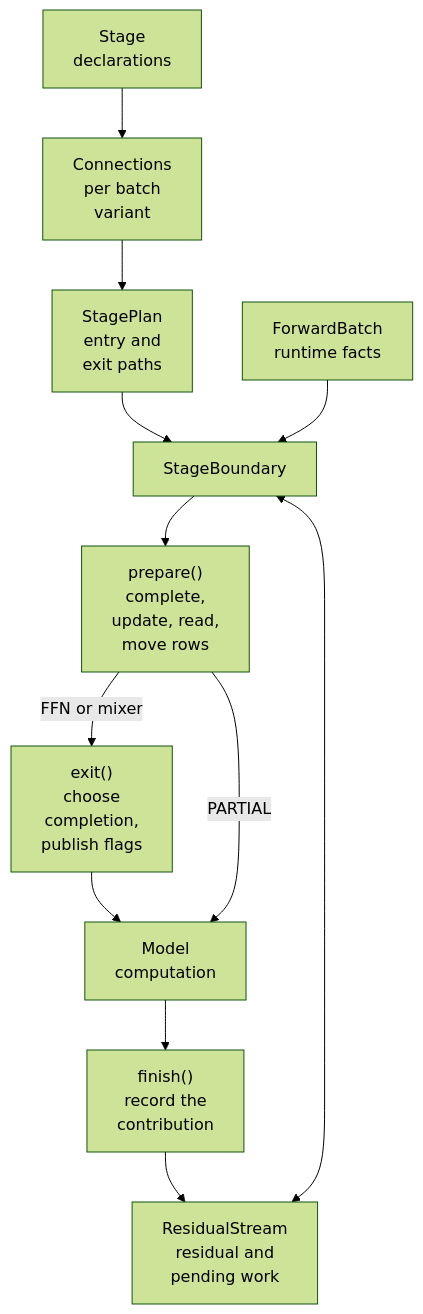
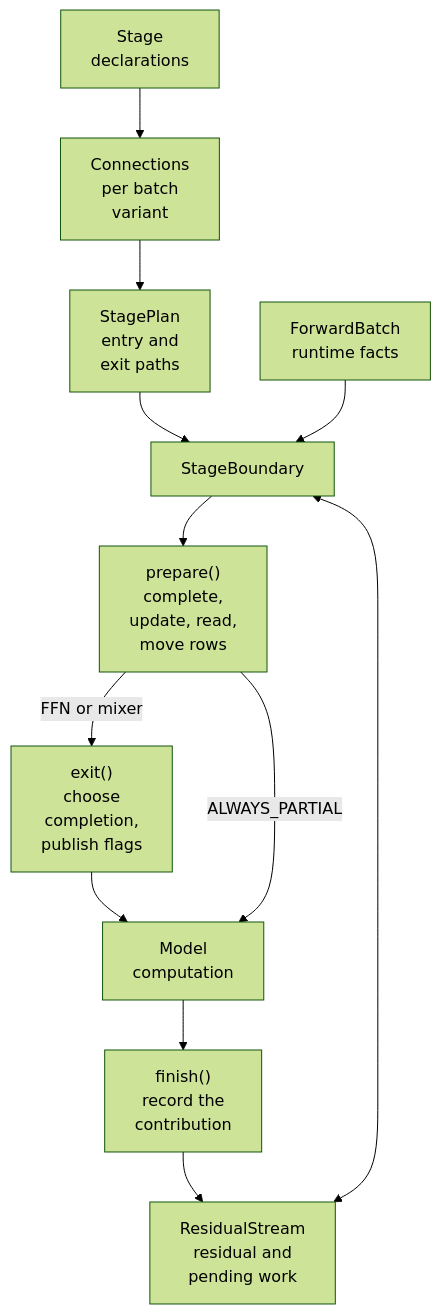
Before and after one commit to ai-jz/sglang: the diagram in docs/docs/developer_guide/layer_boundary.mdx, drawn with Mermaid (forest theme). The commit also changed other lines of this file and 64 other files, not shown here.

````diff
--- a/docs/docs/developer_guide/layer_boundary.mdx
+++ b/docs/docs/developer_guide/layer_boundary.mdx
@@ -268,14 +268,14 @@
 ```mermaid
 flowchart TD
     D["Stage<br/>declarations"] --> C["Connections<br/>per batch<br/>variant"]
     C --> P["StagePlan<br/>entry and<br/>exit paths"]
     P --> B["StageBoundary"]
     F["ForwardBatch<br/>runtime facts"] --> B
     S["ResidualStream<br/>residual and<br/>pending work"] <--> B
     B --> I["prepare()<br/>complete,<br/>update, read,<br/>move rows"]
     I -->|"FFN or mixer"| X["exit()<br/>choose<br/>completion,<br/>publish flags"]
     X --> M["Model<br/>computation"]
-    I -->|"PARTIAL"| M
+    I -->|"ALWAYS_PARTIAL"| M
     M --> O["finish()<br/>record the<br/>contribution"]
     O --> S
 ```
````
